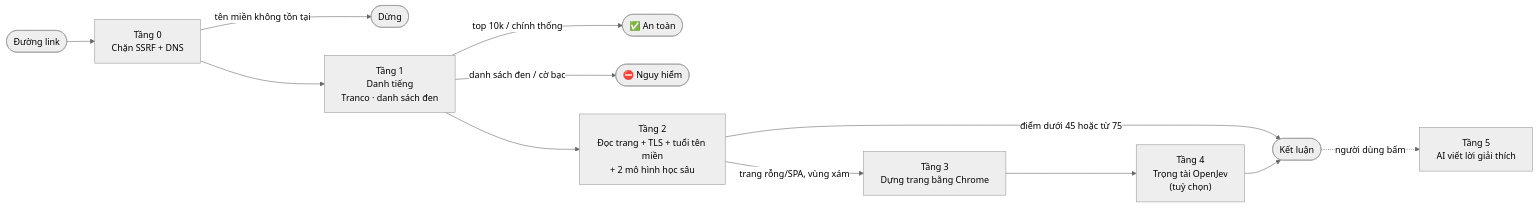
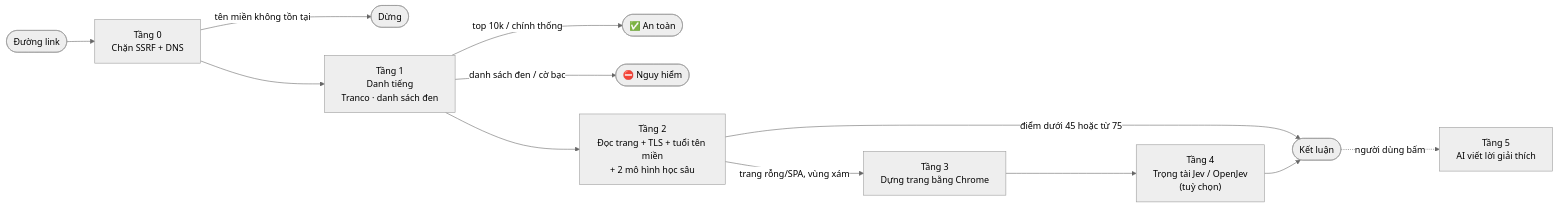
Before and after one commit to Zzeronite1/VerityTrust-XAI-Website: the diagram in README.md, drawn with Mermaid (neutral theme). The commit also changed other lines of this file and 4 other files, not shown here.

````diff
--- a/README.md
+++ b/README.md
@@ -66,14 +66,14 @@
 ```mermaid
 flowchart LR
     A([Đường link]) --> T0["Tầng 0<br/>Chặn SSRF + DNS"]
     T0 -->|tên miền không tồn tại| X0([Dừng])
     T0 --> T1["Tầng 1<br/>Danh tiếng<br/>Tranco · danh sách đen"]
     T1 -->|top 10k / chính thống| S([✅ An toàn])
     T1 -->|danh sách đen / cờ bạc| D([⛔ Nguy hiểm])
     T1 --> T2["Tầng 2<br/>Đọc trang + TLS + tuổi tên miền<br/>+ 2 mô hình học sâu"]
     T2 -->|điểm dưới 45 hoặc từ 75| R([Kết luận])
     T2 -->|trang rỗng/SPA, vùng xám| T3["Tầng 3<br/>Dựng trang bằng Chrome"]
-    T3 --> T4["Tầng 4<br/>Trọng tài OpenJev<br/>(tuỳ chọn)"]
+    T3 --> T4["Tầng 4<br/>Trọng tài Jev / OpenJev<br/>(tuỳ chọn)"]
     T4 --> R
     R -.->|người dùng bấm| T5["Tầng 5<br/>AI viết lời giải thích"]
 ```
````
